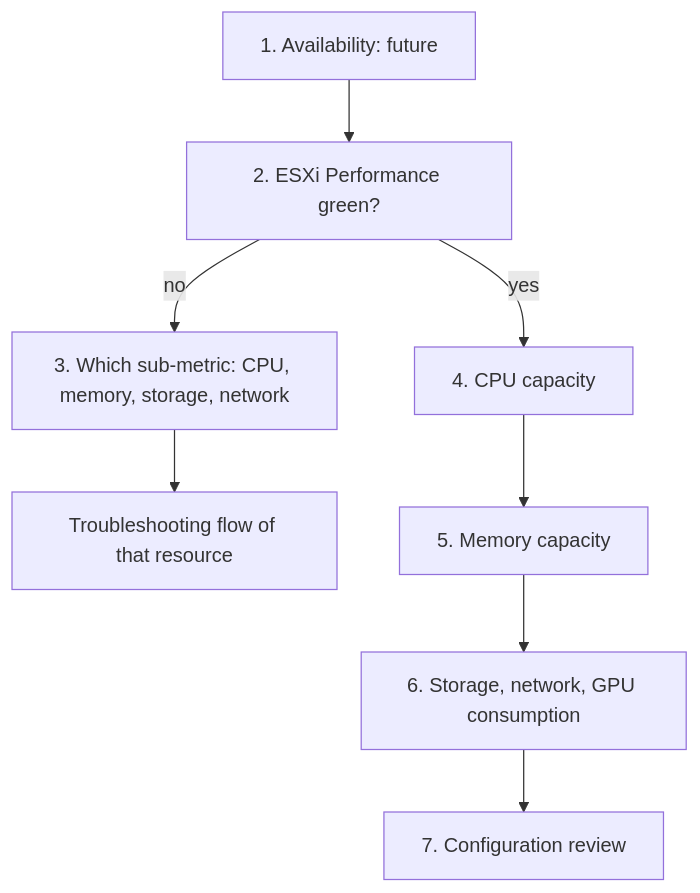
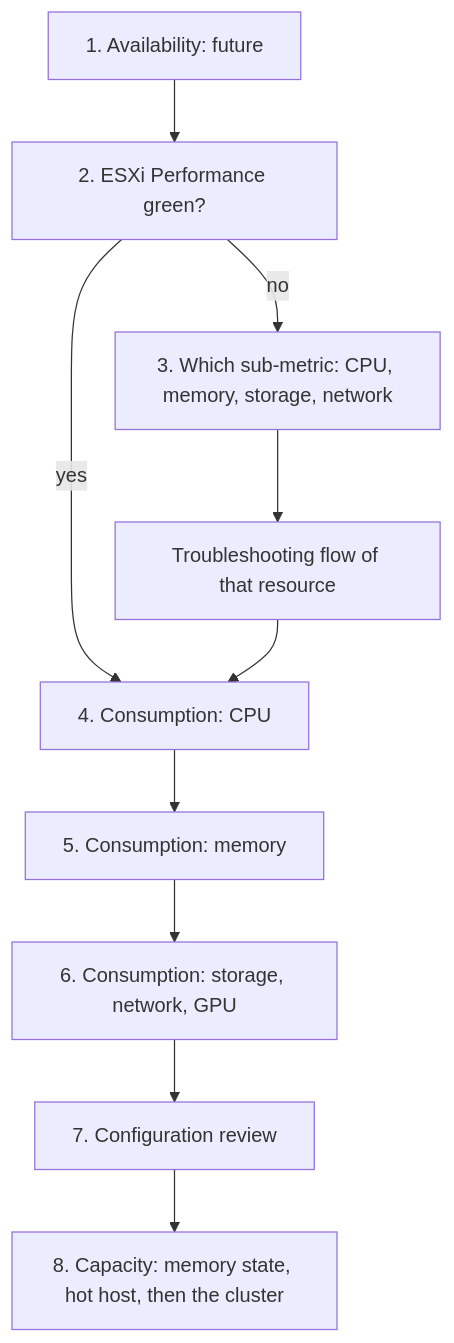
One commit to e1-rahabok/agent-e2 changed the diagram in knowledge/vsphere/object-types/esxi/health-check/esxi-health-check.md. Above: the diagram before and after it, drawn with Mermaid. The commit also changed other lines of this file and 17 other files, not shown here.

````diff
--- a/knowledge/vsphere/object-types/esxi/health-check/esxi-health-check.md
+++ b/knowledge/vsphere/object-types/esxi/health-check/esxi-health-check.md
@@ -11,10 +11,12 @@
 ```mermaid
 flowchart TD
   S1[1. Availability: future] --> S2[2. ESXi Performance green?]
   S2 -->|no| S3[3. Which sub-metric: CPU, memory, storage, network]
-  S2 -->|yes| S4[4. CPU capacity]
+  S2 -->|yes| S4[4. Consumption: CPU]
   S3 --> T3[Troubleshooting flow of that resource]
-  S4 --> S5[5. Memory capacity]
-  S5 --> S6[6. Storage, network, GPU consumption]
+  T3 --> S4
+  S4 --> S5[5. Consumption: memory]
+  S5 --> S6[6. Consumption: storage, network, GPU]
   S6 --> S7[7. Configuration review]
+  S7 --> S8[8. Capacity: memory state, hot host, then the cluster]
 ```
````
